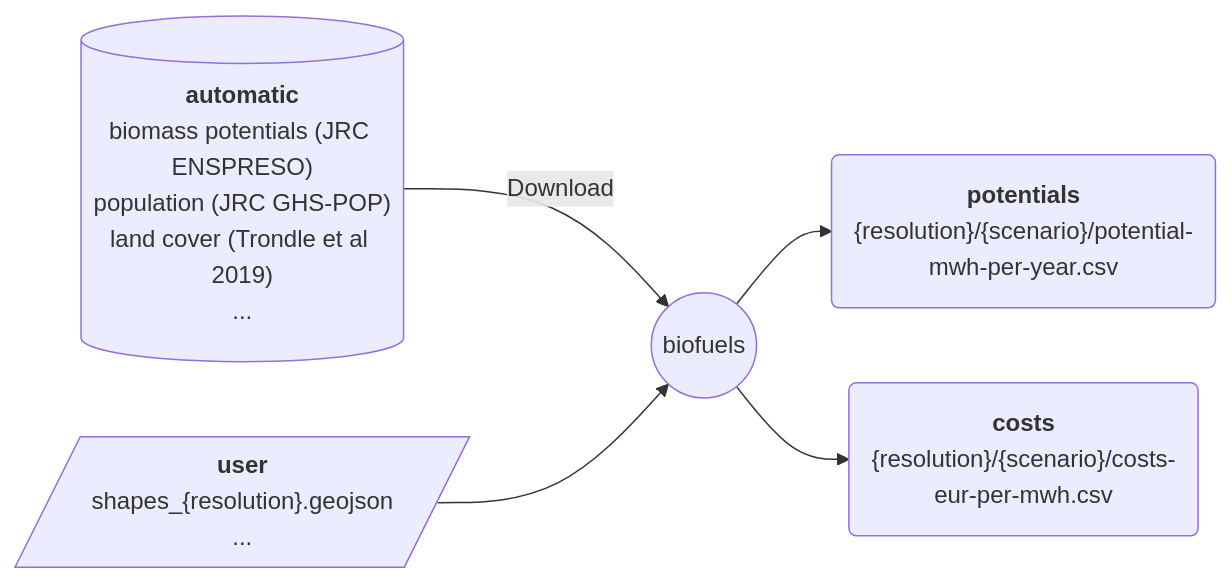
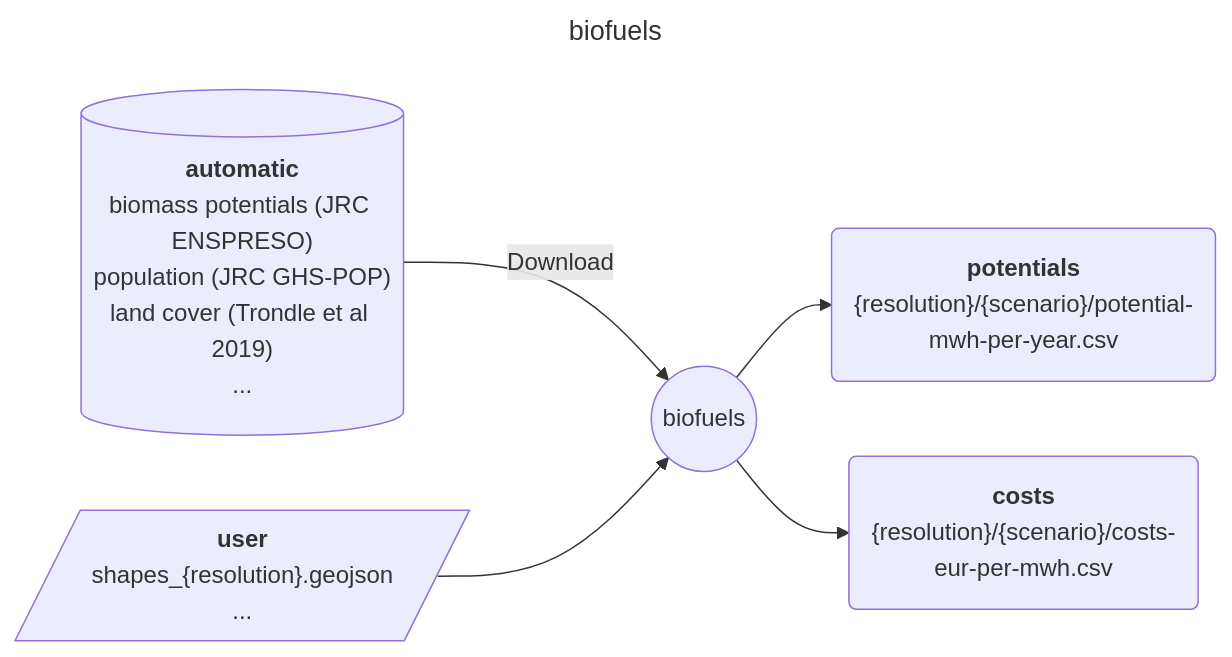
Before and after one commit to calliope-project/ec_modules: the diagram in modules/biofuels/README.md, drawn with Mermaid. The commit also changed other lines of this file and 50 other files, not shown here.

````diff
--- a/modules/biofuels/README.md
+++ b/modules/biofuels/README.md
@@ -13,19 +13,22 @@
 ```mermaid
+---
+title: biofuels
+---
 flowchart LR
     D1[("`**automatic**
         biomass potentials (JRC ENSPRESO)
         population (JRC GHS-POP)
         land cover (Trondle et al 2019)
         ...
     `")] --> |Download| M
     C1[/"`**user**
         shapes_{resolution}.geojson
         ...
     `"/] --> M((biofuels))
     M --> O1("`**potentials**
         {resolution}/{scenario}/potential-mwh-per-year.csv
         `")
     M --> O2("`**costs**
         {resolution}/{scenario}/costs-eur-per-mwh.csv
         `")
 ```
````
